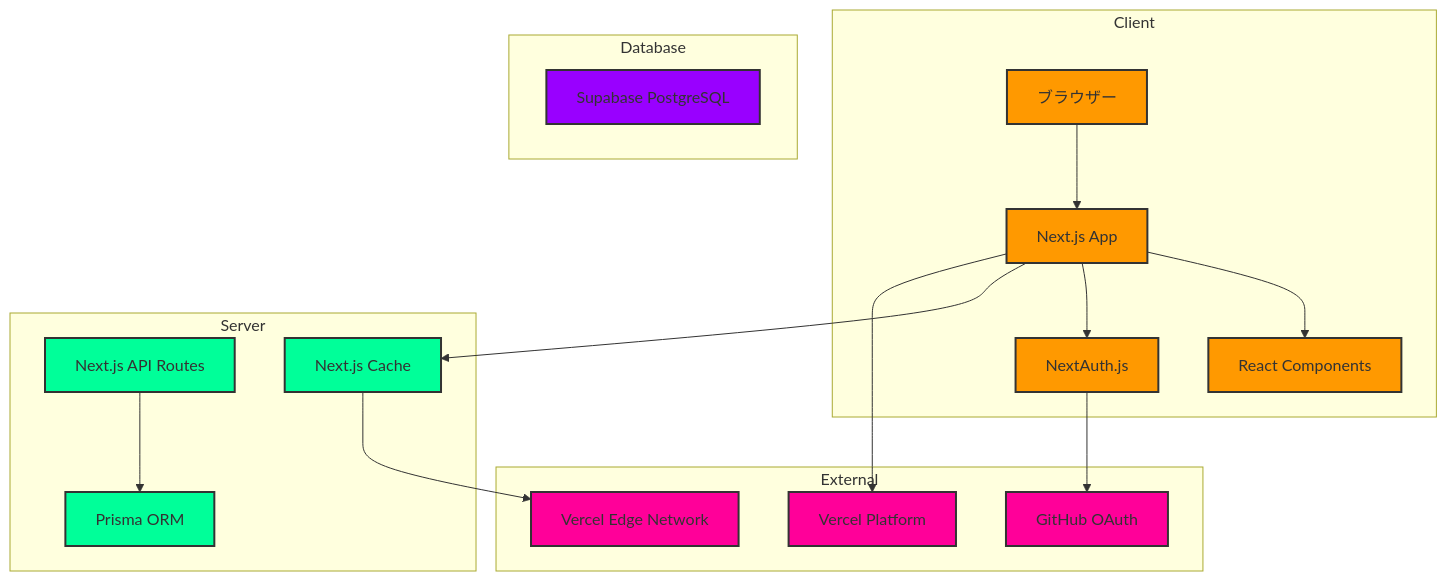
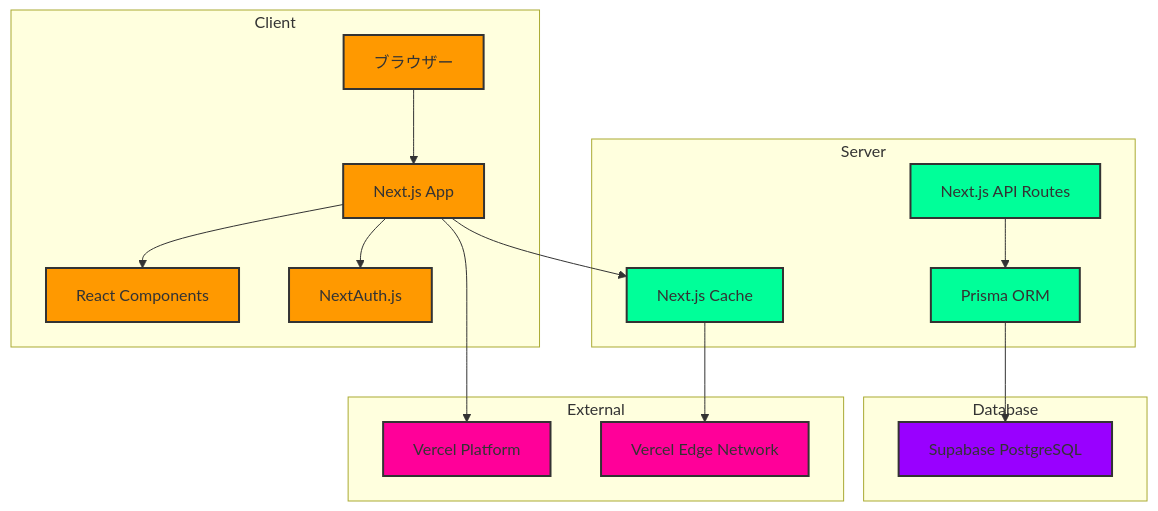
Before and after one commit to 2ufkpfb9daxnik/pyrrhula: the diagram in README.md, drawn with Mermaid. The commit also changed other lines of this file, not shown here.

````diff
--- a/README.md
+++ b/README.md
@@ -135,44 +112,43 @@
 ```mermaid
 graph TB
     subgraph Client
         Browser[ブラウザー]
         NextJS[Next.js App]
         React[React Components]
         Auth[NextAuth.js]
     end
 
     subgraph Server
         API[Next.js API Routes]
         Prisma[Prisma ORM]
         Cache[Next.js Cache]
     end
 
     subgraph Database
         Supabase[Supabase PostgreSQL]
     end
 
     subgraph External
-        GitHub[GitHub OAuth]
         Vercel[Vercel Platform]
         CDN[Vercel Edge Network]
     end
 
     Browser --> NextJS
     NextJS --> React
     NextJS --> Auth
-    Auth --> GitHub
     API --> Prisma
+    Prisma --> Supabase
     NextJS --> Cache
     Cache --> CDN
     NextJS --> Vercel
 
     classDef primary fill:#ff9900,stroke:#333,stroke-width:2px;
     classDef secondary fill:#00ff99,stroke:#333,stroke-width:2px;
     classDef database fill:#9900ff,stroke:#333,stroke-width:2px;
     classDef external fill:#ff0099,stroke:#333,stroke-width:2px;
 
     class Browser,NextJS,React,Auth primary;
     class API,Prisma,Cache secondary;
     class Supabase database;
-    class GitHub,Vercel,CDN external;
+    class Vercel,CDN external;
 ```
````
